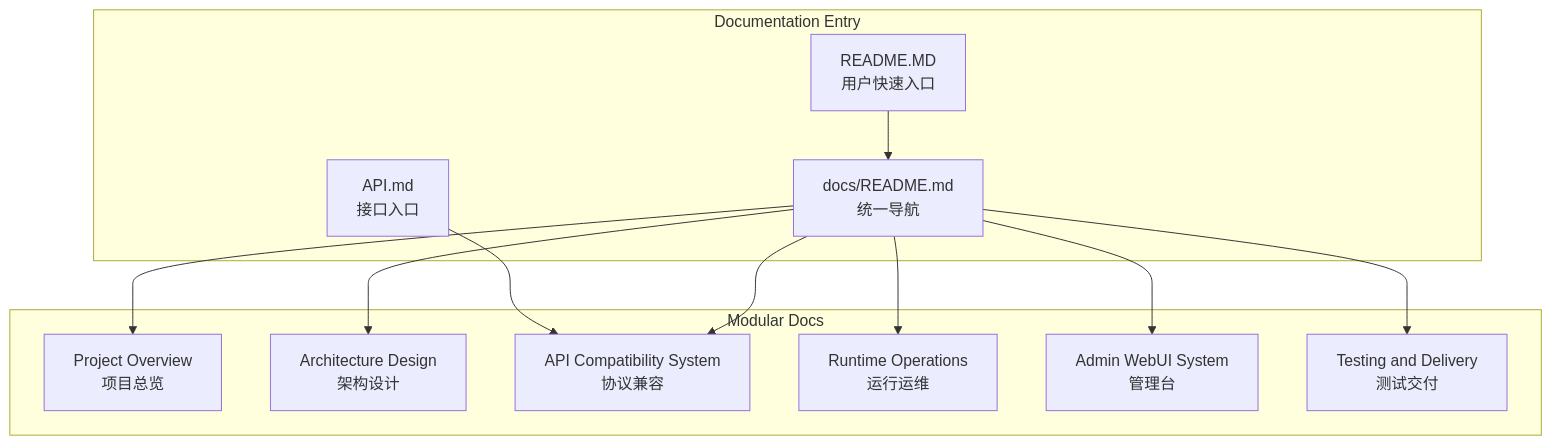
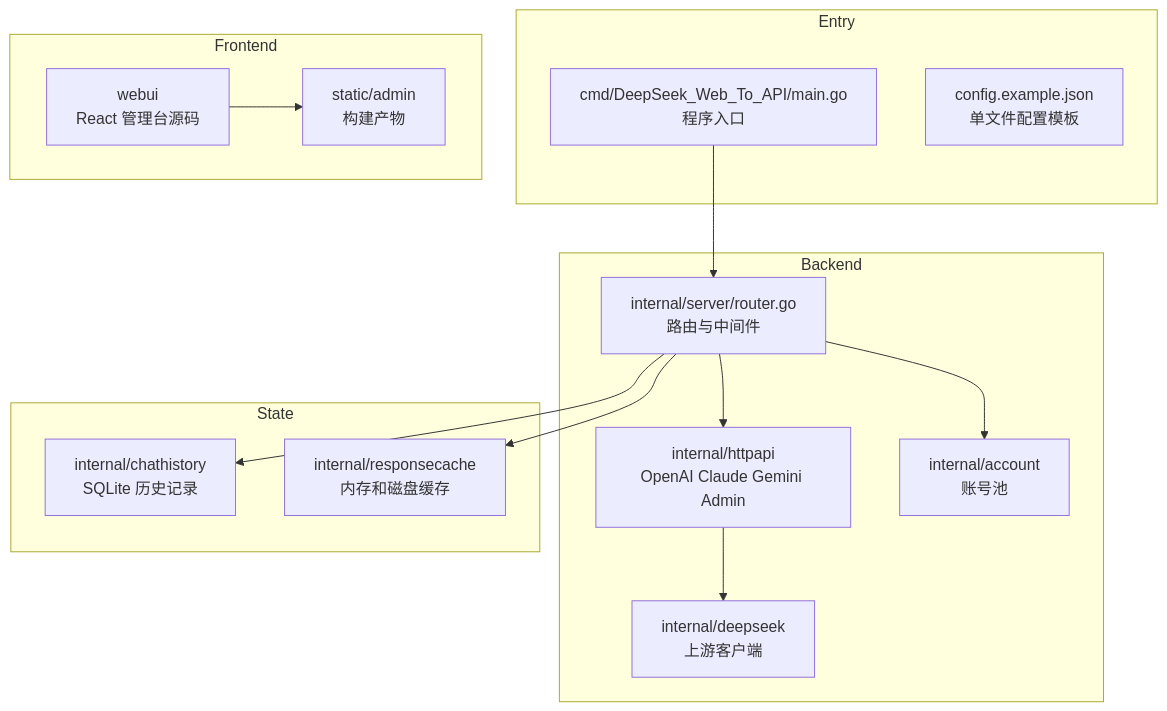
Before and after one commit to marklove5102/DeepSeek_Web_To_API: the first of 2 diagrams in docs/README.md, drawn with Mermaid. The commit also changed other lines of this file and 27 other files, not shown here.

Commit message:
Rewrite documentation for current project

````diff
--- a/docs/README.md
+++ b/docs/README.md
@@ -38,24 +38,28 @@
 ```mermaid
 graph TB
-subgraph "Documentation Entry"
-DOCS["docs/README.md<br/>统一导航"]
-ROOT["README.MD<br/>用户快速入口"]
-API["API.md<br/>接口入口"]
+subgraph "Entry"
+MAIN["cmd/DeepSeek_Web_To_API/main.go<br/>程序入口"]
+CONFIG["config.example.json<br/>单文件配置模板"]
 end
-subgraph "Modular Docs"
-OV["Project Overview<br/>项目总览"]
-AD["Architecture Design<br/>架构设计"]
-AC["API Compatibility System<br/>协议兼容"]
-RO["Runtime Operations<br/>运行运维"]
-AW["Admin WebUI System<br/>管理台"]
-TD["Testing and Delivery<br/>测试交付"]
+subgraph "Backend"
+SERVER["internal/server/router.go<br/>路由与中间件"]
+HTTPAPI["internal/httpapi<br/>OpenAI Claude Gemini Admin"]
+DEEPSEEK["internal/deepseek<br/>上游客户端"]
+ACCOUNT["internal/account<br/>账号池"]
 end
-DOCS --> OV
-DOCS --> AD
-DOCS --> AC
-DOCS --> RO
-DOCS --> AW
-DOCS --> TD
-ROOT --> DOCS
-API --> AC
+subgraph "State"
+HISTORY["internal/chathistory<br/>SQLite 历史记录"]
+CACHE["internal/responsecache<br/>内存和磁盘缓存"]
+end
+subgraph "Frontend"
+WEBUI["webui<br/>React 管理台源码"]
+STATIC["static/admin<br/>构建产物"]
+end
+MAIN --> SERVER
+SERVER --> HTTPAPI
+SERVER --> ACCOUNT
+SERVER --> HISTORY
+SERVER --> CACHE
+HTTPAPI --> DEEPSEEK
+WEBUI --> STATIC
 ```
````
